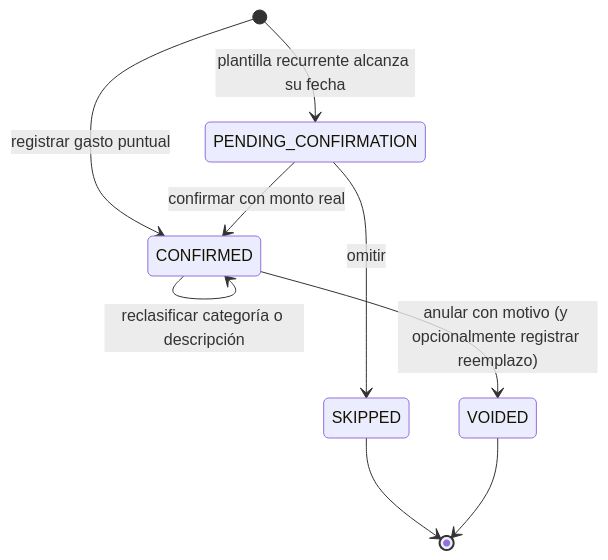
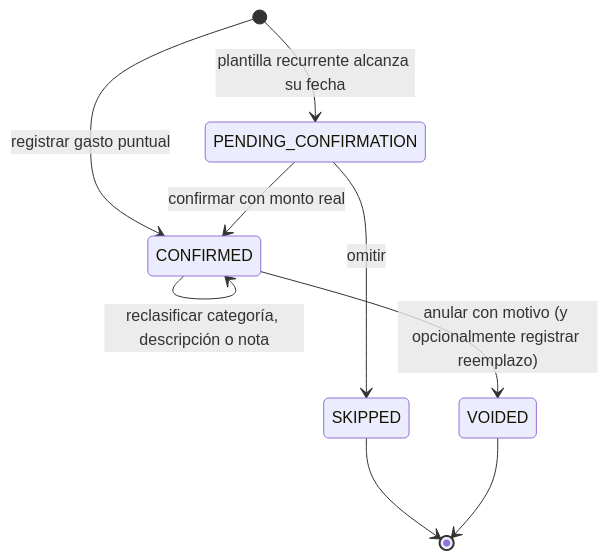
One commit to DSerranoG24/catalogo changed the first of 2 diagrams in docs/expenses-contract.md. Above: the diagram before and after it, drawn with Mermaid. The commit also changed other lines of this file and 3 other files, not shown here.

````diff
--- a/docs/expenses-contract.md
+++ b/docs/expenses-contract.md
@@ -41,11 +41,11 @@
 ```mermaid
 stateDiagram-v2
     [*] --> CONFIRMED: registrar gasto puntual
     [*] --> PENDING_CONFIRMATION: plantilla recurrente alcanza su fecha
     PENDING_CONFIRMATION --> CONFIRMED: confirmar con monto real
     PENDING_CONFIRMATION --> SKIPPED: omitir
-    CONFIRMED --> CONFIRMED: reclasificar categoría o descripción
+    CONFIRMED --> CONFIRMED: reclasificar categoría, descripción o nota
     CONFIRMED --> VOIDED: anular con motivo (y opcionalmente registrar reemplazo)
     SKIPPED --> [*]
     VOIDED --> [*]
 ```
````
